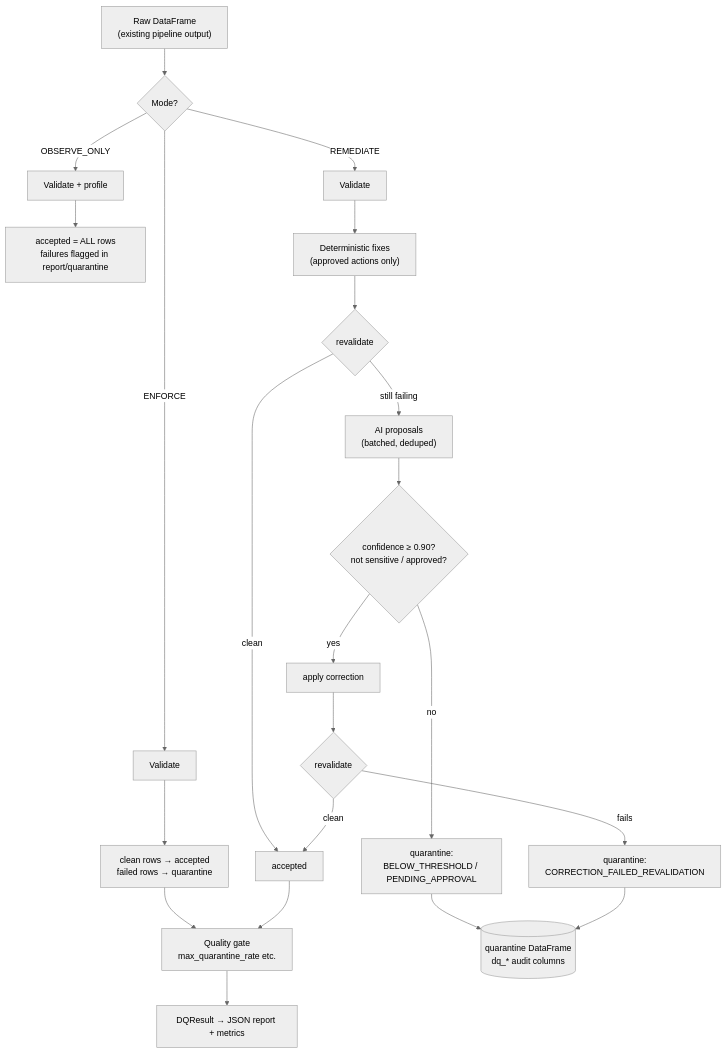
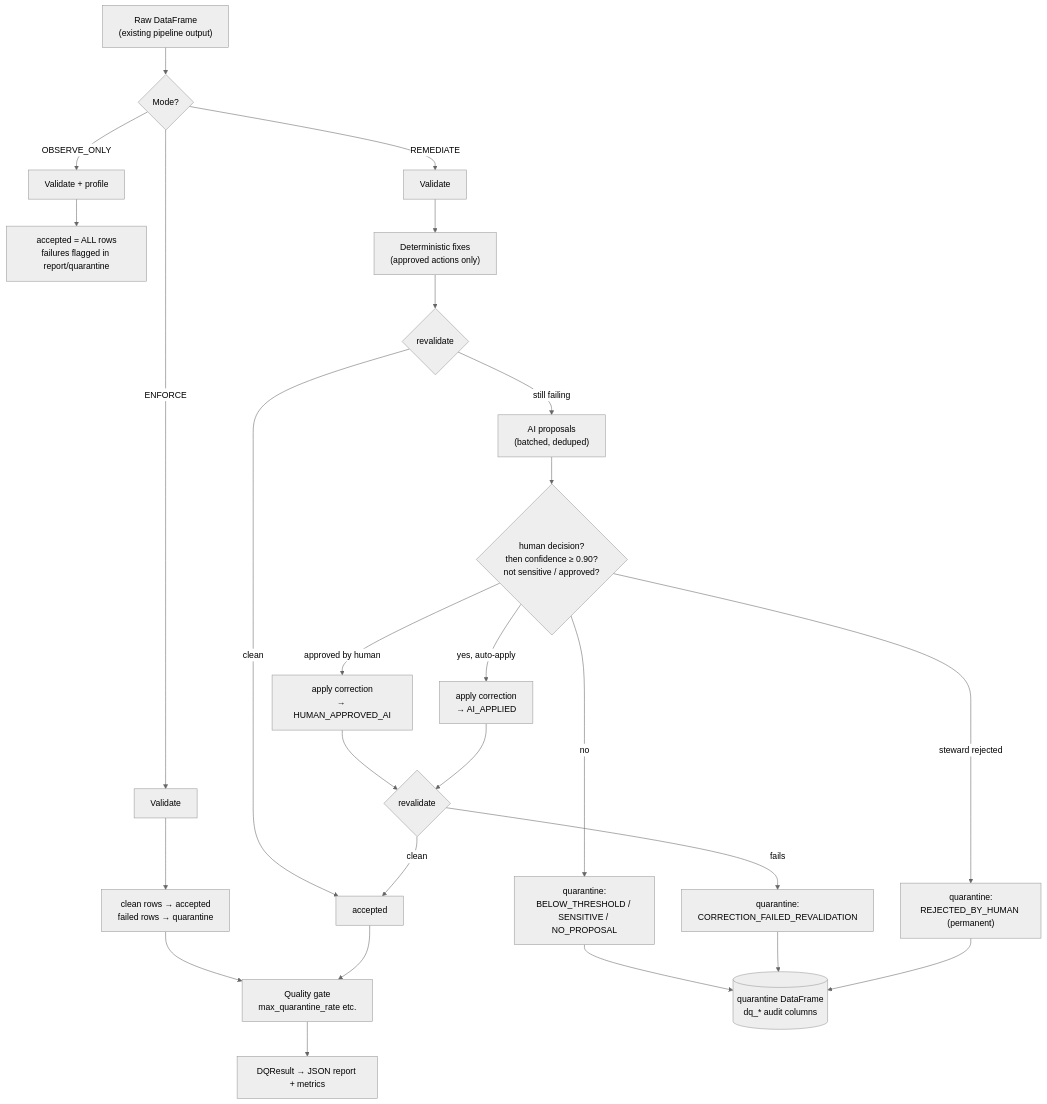
The sixth of 7 diagrams in docs/architecture.md (KGANESHKUMARK/dq-accelerator), drawn with Mermaid (neutral theme) before and after one commit. The commit also changed other lines of this file and 15 other files, not shown here.

````diff
--- a/docs/architecture.md
+++ b/docs/architecture.md
@@ -201,27 +217,29 @@
 ```mermaid
 flowchart TD
     A["Raw DataFrame<br/>(existing pipeline output)"] --> B{"Mode?"}
 
     B -->|OBSERVE_ONLY| V1["Validate + profile"]
     V1 --> O1["accepted = ALL rows<br/>failures flagged in report/quarantine"]
 
     B -->|ENFORCE| V2["Validate"]
     V2 --> O2["clean rows → accepted<br/>failed rows → quarantine"]
 
     B -->|REMEDIATE| V3["Validate"]
     V3 --> D["Deterministic fixes<br/>(approved actions only)"]
     D --> R1{"revalidate"}
     R1 -->|still failing| AI["AI proposals<br/>(batched, deduped)"]
     R1 -->|clean| ACC2["accepted"]
-    AI --> P{"confidence ≥ 0.90?<br/>not sensitive / approved?"}
-    P -->|yes| AP["apply correction"]
-    P -->|no| Q1["quarantine:<br/>BELOW_THRESHOLD / PENDING_APPROVAL"]
-    AP --> R2{"revalidate"}
+    AI --> P{"human decision?<br/>then confidence ≥ 0.90?<br/>not sensitive / approved?"}
+    P -->|steward rejected| QR["quarantine:<br/>REJECTED_BY_HUMAN (permanent)"]
+    P -->|approved by human| AP["apply correction<br/>→ HUMAN_APPROVED_AI"]
+    P -->|yes, auto-apply| AP2["apply correction<br/>→ AI_APPLIED"]
+    P -->|no| Q1["quarantine:<br/>BELOW_THRESHOLD / SENSITIVE / NO_PROPOSAL"]
+    AP & AP2 --> R2{"revalidate"}
     R2 -->|clean| ACC2
     R2 -->|fails| Q2["quarantine:<br/>CORRECTION_FAILED_REVALIDATION"]
 
     O2 --> G["Quality gate<br/>max_quarantine_rate etc."]
     ACC2 --> G
-    Q1 & Q2 --> QUAR[("quarantine DataFrame<br/>dq_* audit columns")]
+    Q1 & Q2 & QR --> QUAR[("quarantine DataFrame<br/>dq_* audit columns")]
     G --> REP["DQResult → JSON report + metrics"]
 ```
````
